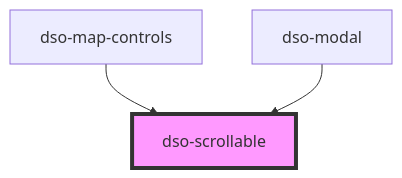
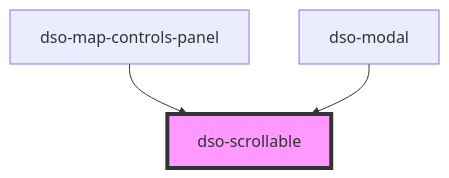
One commit to dso-toolkit/dso-toolkit changed the diagram in packages/core/src/components/scrollable/readme.md. Above: the diagram before and after it, drawn with Mermaid. The commit also changed other lines of this file and 43 other files, not shown here.

First line of the commit message:
#2196 [Added] Map Controls: buttonLabel, buttonLabelMode, button slot & buttons uitlijnen

````diff
--- a/packages/core/src/components/scrollable/readme.md
+++ b/packages/core/src/components/scrollable/readme.md
@@ -21,6 +21,6 @@
 ```mermaid
 graph TD;
-  dso-map-controls --> dso-scrollable
+  dso-map-controls-panel --> dso-scrollable
   dso-modal --> dso-scrollable
   style dso-scrollable fill:#f9f,stroke:#333,stroke-width:4px
 ```
````
